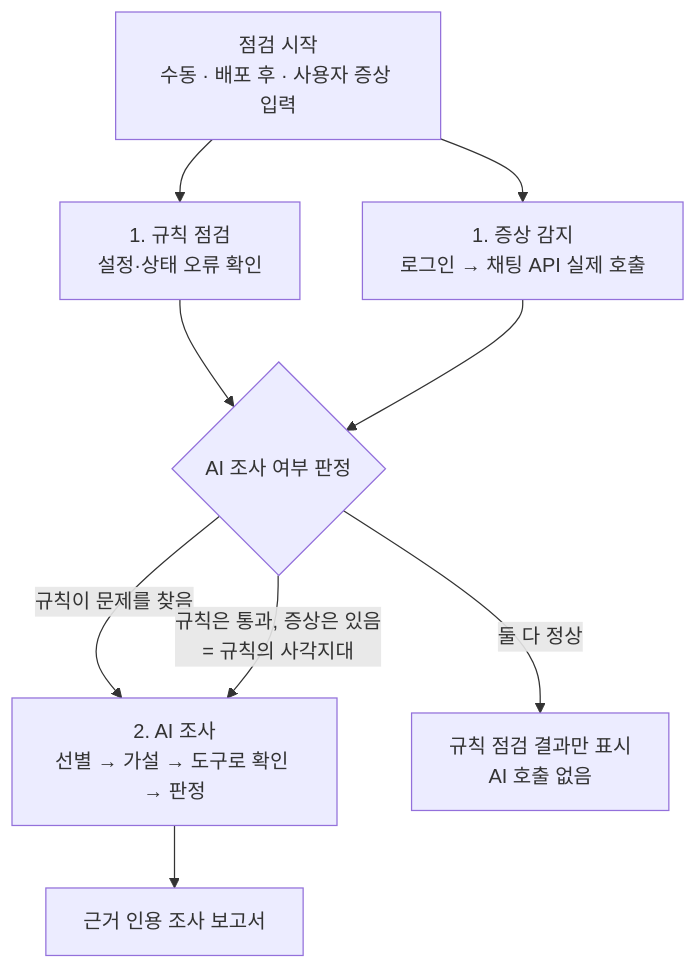
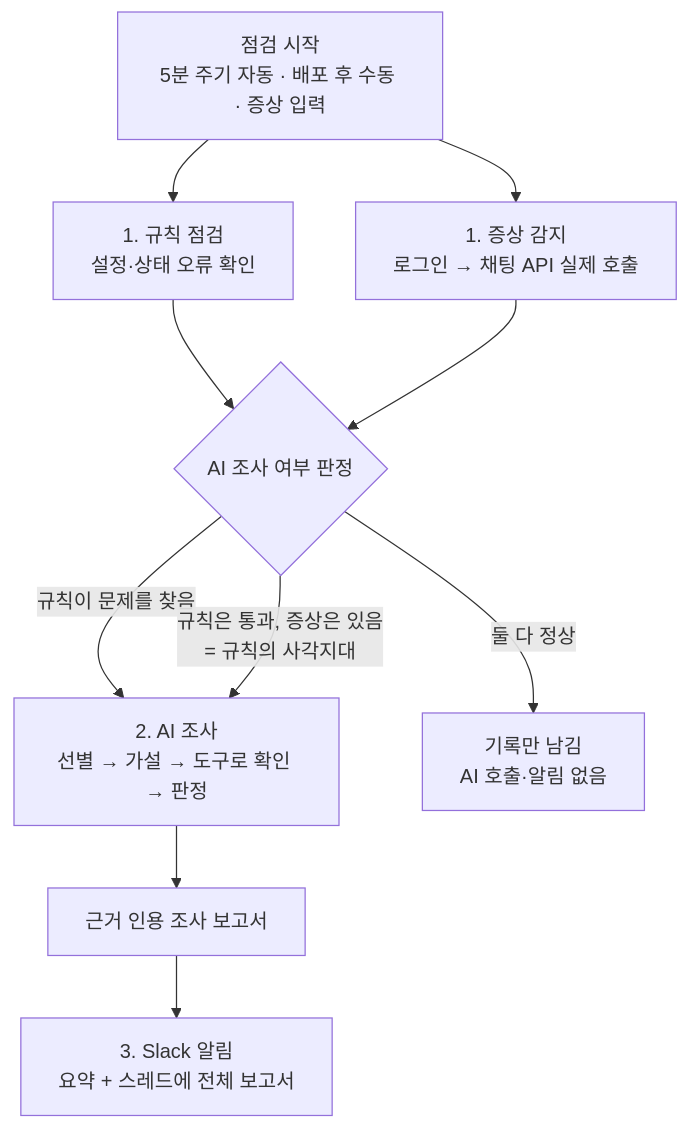
The second of 2 diagrams in docs/산출물/02-문제정의및서비스기획.md (skax-jihyeryu/KubeGuardian), drawn with Mermaid before and after one commit. The commit also changed other lines of this file and 2 other files, not shown here.

First line of the commit message:
docs(deliverables): 주기 점검과 Slack 알림을 주 사용 방식으로 변경

````diff
--- a/docs/산출물/02-문제정의및서비스기획.md
+++ b/docs/산출물/02-문제정의및서비스기획.md
@@ -112,11 +114,12 @@
 ```mermaid
 flowchart TB
-    T[점검 시작<br/>수동 · 배포 후 · 사용자 증상 입력] --> R[1. 규칙 점검<br/>설정·상태 오류 확인]
+    T[점검 시작<br/>5분 주기 자동 · 배포 후 수동 · 증상 입력] --> R[1. 규칙 점검<br/>설정·상태 오류 확인]
     T --> S[1. 증상 감지<br/>로그인 → 채팅 API 실제 호출]
     R --> G{AI 조사 여부 판정}
     S --> G
     G -->|규칙이 문제를 찾음| AI[2. AI 조사<br/>선별 → 가설 → 도구로 확인 → 판정]
     G -->|규칙은 통과, 증상은 있음<br/>= 규칙의 사각지대| AI
-    G -->|둘 다 정상| OK[규칙 점검 결과만 표시<br/>AI 호출 없음]
+    G -->|둘 다 정상| OK[기록만 남김<br/>AI 호출·알림 없음]
     AI --> REP[근거 인용 조사 보고서]
+    REP --> N[3. Slack 알림<br/>요약 + 스레드에 전체 보고서]
 ```
````
